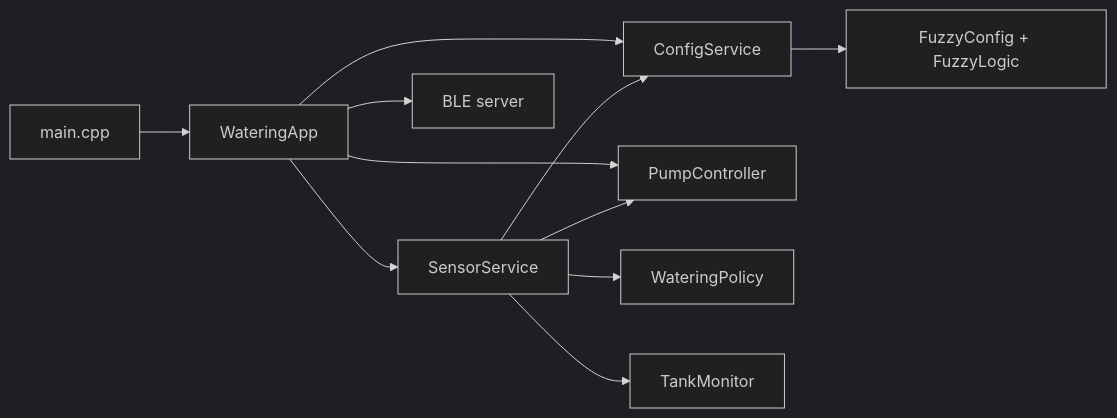
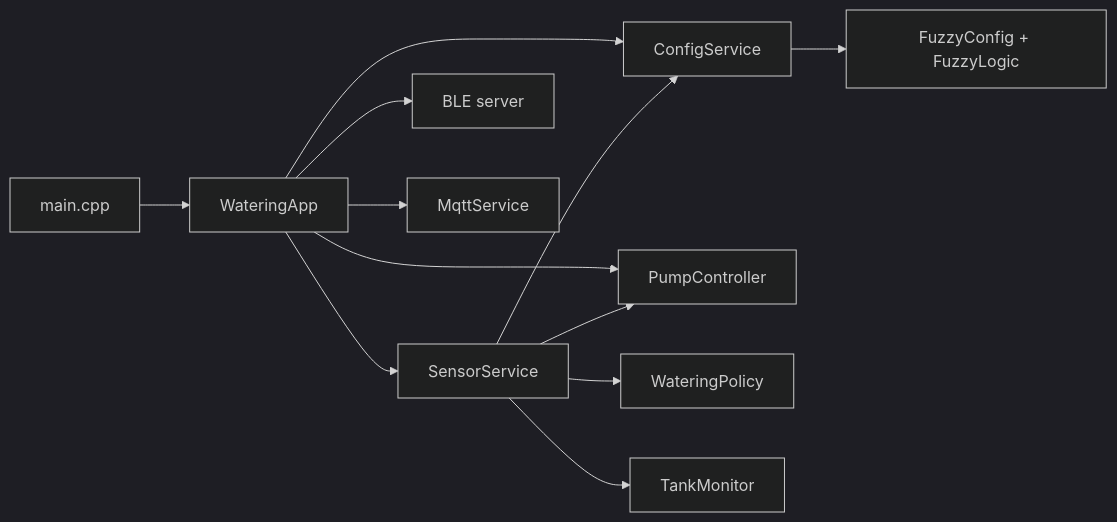
Before and after one commit to Hieu0469/Automatic-Low-power-Watering-System: the diagram in docs/STRUCTURE.md, drawn with Mermaid (dark theme). The commit also changed other lines of this file and 21 other files, not shown here.

````diff
--- a/docs/STRUCTURE.md
+++ b/docs/STRUCTURE.md
@@ -20,13 +21,14 @@
 ```mermaid
 flowchart LR
     main[main.cpp] --> App[WateringApp]
     App --> Config[ConfigService]
     App --> Sensors[SensorService]
     App --> Pump[PumpController]
     App --> BLE[BLE server]
+    App --> MQTT[MqttService]
     Sensors --> Policy[WateringPolicy]
     Sensors --> Tank[TankMonitor]
     Sensors --> Config
     Sensors --> Pump
     Config --> Fuzzy[FuzzyConfig + FuzzyLogic]
 ```
````
